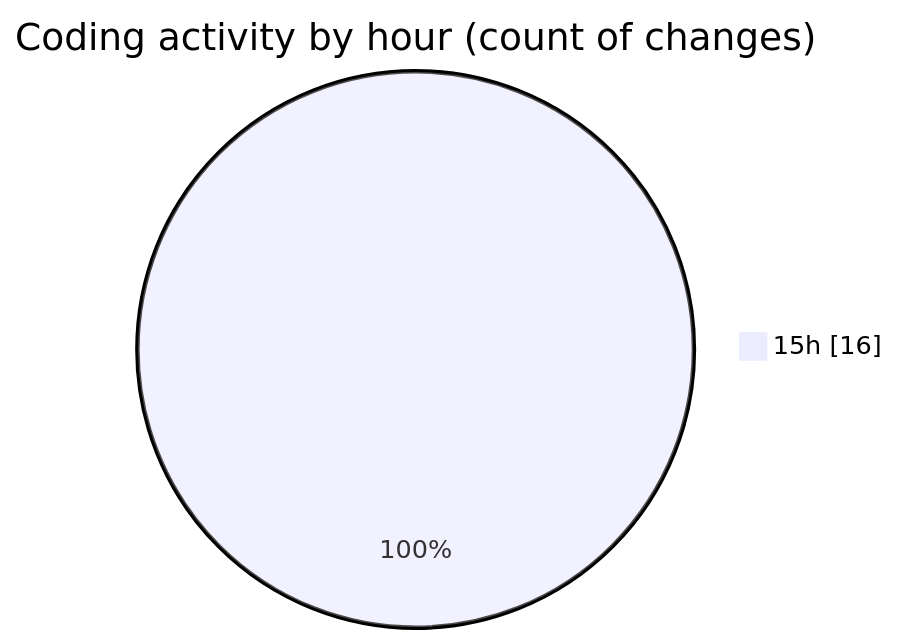
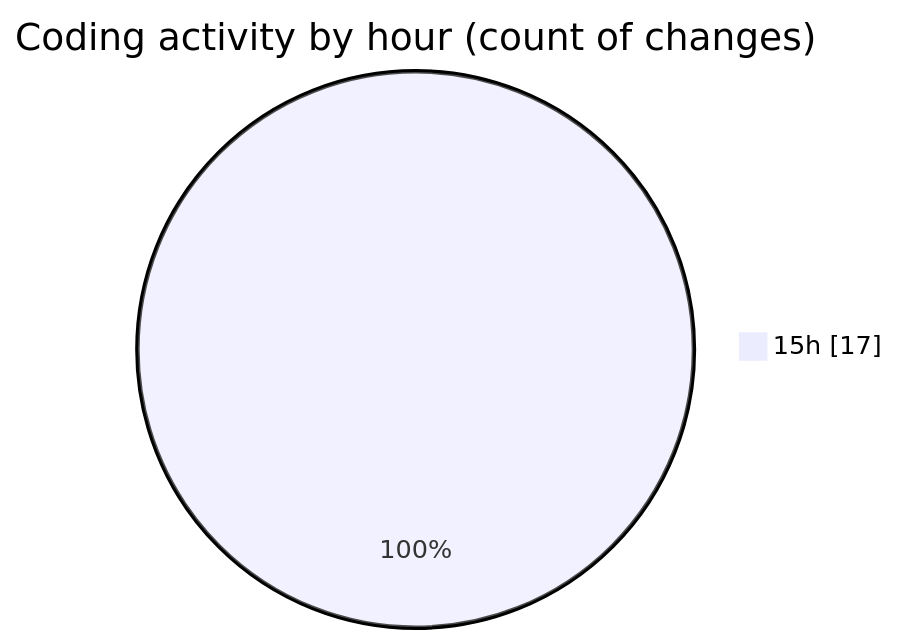
The second of 2 diagrams in 2025-03-23/wordle/README.md (donsfak/code-tracking), drawn with Mermaid before and after one commit. The commit also changed other lines of this file and 1 other file, not shown here.

````diff
--- a/2025-03-23/wordle/README.md
+++ b/2025-03-23/wordle/README.md
@@ -32,5 +32,5 @@
 ```mermaid
 pie showData
 title Coding activity by hour (count of changes)
-"15h" : 16
+"15h" : 17
 ```
````
